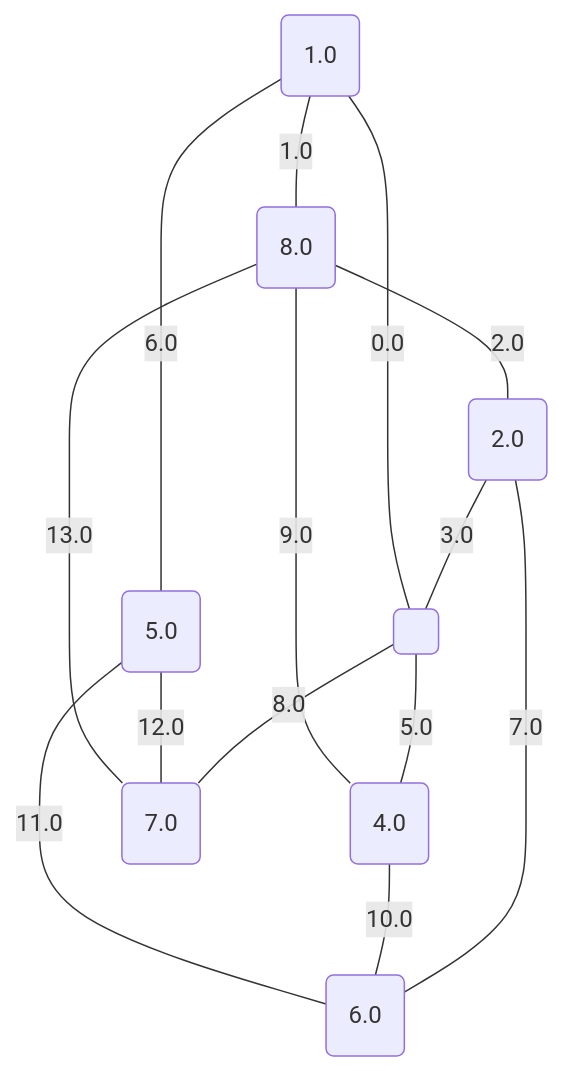
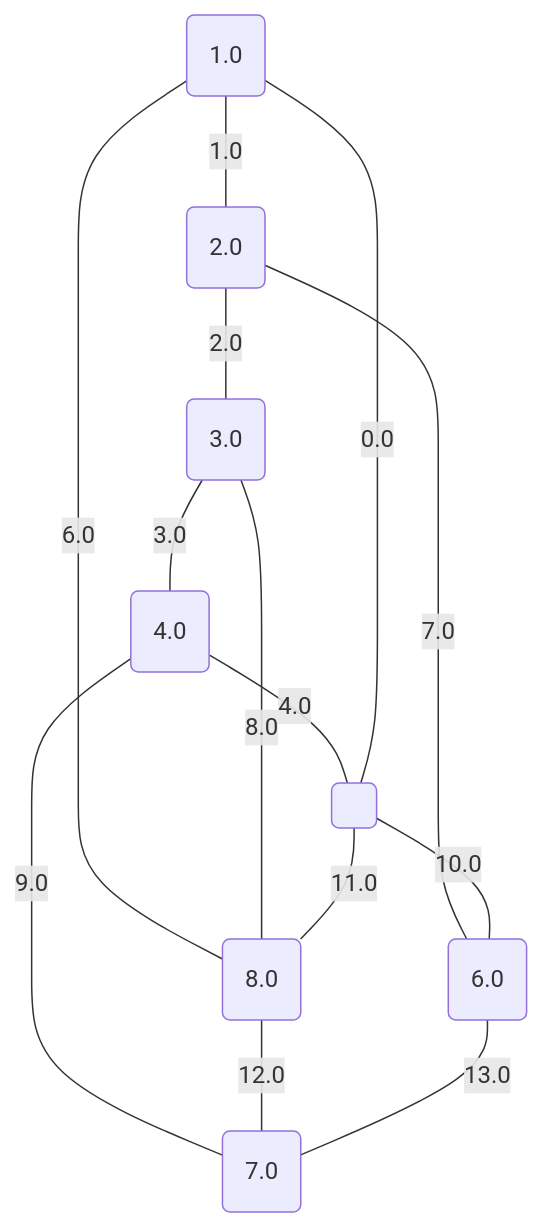
Before and after one commit to metury/graphs: the fifth of 17 diagrams in project/src/testing/minCutPetersen.md, drawn with Mermaid. The commit also changed other lines of this file and 2 other files, not shown here.

````diff
--- a/project/src/testing/minCutPetersen.md
+++ b/project/src/testing/minCutPetersen.md
@@ -135,24 +135,24 @@
 ```mermaid
 graph TD;
 0("1.0");
 1("2.0");
-2("4.0");
-3("5.0");
+2("3.0");
+3("4.0");
 4("6.0");
 5("7.0");
 6("8.0");
 7(" ");
 	7 -- "0.0" --- 0;
-	0 -- "1.0" --- 6;
-	6 -- "2.0" --- 1;
-	1 -- "3.0" --- 7;
-	7 -- "5.0" --- 2;
-	0 -- "6.0" --- 3;
+	0 -- "1.0" --- 1;
+	1 -- "2.0" --- 2;
+	2 -- "3.0" --- 3;
+	3 -- "4.0" --- 7;
+	0 -- "6.0" --- 6;
 	1 -- "7.0" --- 4;
-	7 -- "8.0" --- 5;
-	2 -- "9.0" --- 6;
-	2 -- "10.0" --- 4;
-	3 -- "11.0" --- 4;
-	3 -- "12.0" --- 5;
-	6 -- "13.0" --- 5;
+	2 -- "8.0" --- 6;
+	3 -- "9.0" --- 5;
+	7 -- "10.0" --- 4;
+	7 -- "11.0" --- 6;
+	6 -- "12.0" --- 5;
+	4 -- "13.0" --- 5;
 ```
````
